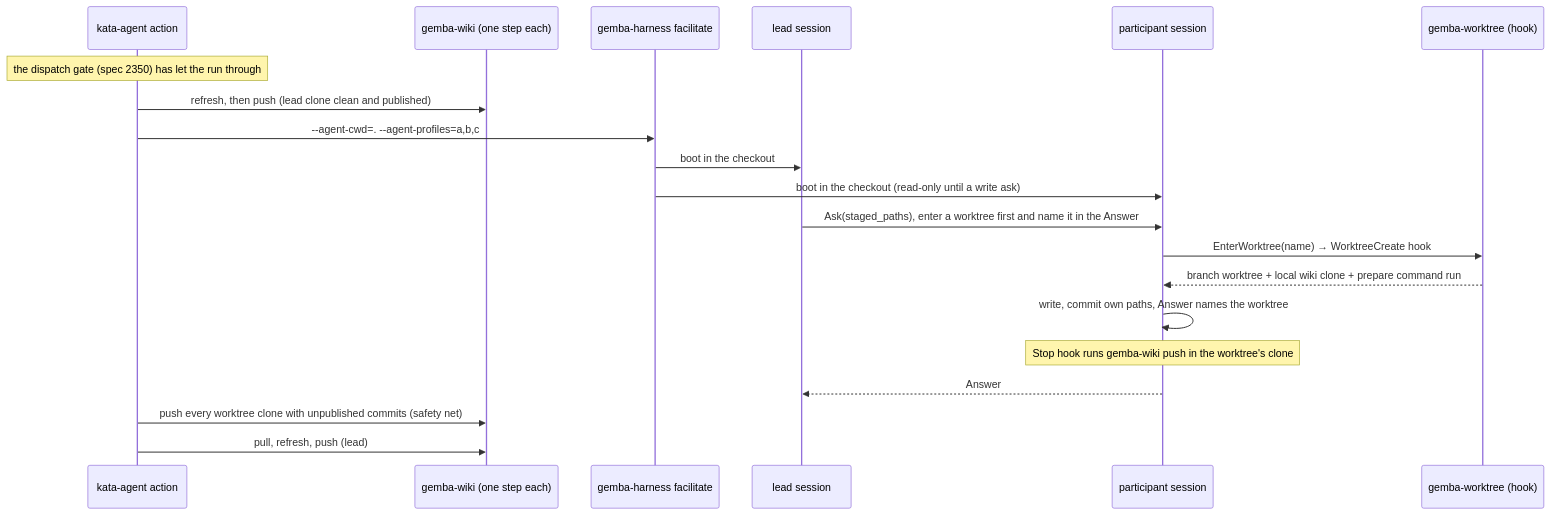
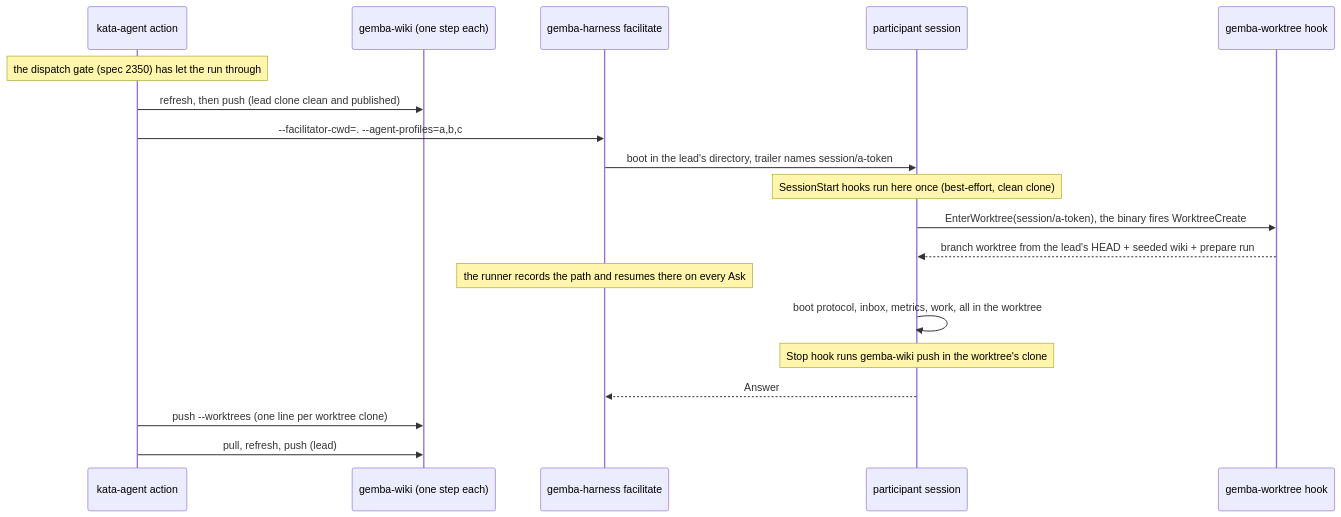
One commit to forwardimpact/monorepo changed the second of 2 diagrams in specs/2380-facilitated-session-isolation/design-b.md. Above: the diagram before and after it, drawn with Mermaid. The commit also changed other lines of this file, not shown here.

First line of the commit message:
design(2380): settle the design-b round-one review findings

````diff
--- a/specs/2380-facilitated-session-isolation/design-b.md
+++ b/specs/2380-facilitated-session-isolation/design-b.md
@@ -48,22 +55,21 @@
 ```mermaid
 sequenceDiagram
     participant A as kata-agent action
     participant W as gemba-wiki (one step each)
     participant H as gemba-harness facilitate
-    participant F as lead session
     participant P as participant session
-    participant G as gemba-worktree (hook)
+    participant G as gemba-worktree hook
     Note over A: the dispatch gate (spec 2350) has let the run through
     A->>W: refresh, then push (lead clone clean and published)
-    A->>H: --agent-cwd=. --agent-profiles=a,b,c
-    H->>F: boot in the checkout
-    H->>P: boot in the checkout (read-only until a write ask)
-    F->>P: Ask(staged_paths), enter a worktree first and name it in the Answer
-    P->>G: EnterWorktree(name) → WorktreeCreate hook
-    G-->>P: branch worktree + local wiki clone + prepare command run
-    P->>P: write, commit own paths, Answer names the worktree
+    A->>H: --facilitator-cwd=. --agent-profiles=a,b,c
+    H->>P: boot in the lead's directory, trailer names session/a-token
+    Note over P: SessionStart hooks run here once (best-effort, clean clone)
+    P->>G: EnterWorktree(session/a-token), the binary fires WorktreeCreate
+    G-->>P: branch worktree from the lead's HEAD + seeded wiki + prepare run
+    Note over H: the runner records the path and resumes there on every Ask
+    P->>P: boot protocol, inbox, metrics, work, all in the worktree
     Note over P: Stop hook runs gemba-wiki push in the worktree's clone
-    P-->>F: Answer
-    A->>W: push every worktree clone with unpublished commits (safety net)
+    P-->>H: Answer
+    A->>W: push --worktrees (one line per worktree clone)
     A->>W: pull, refresh, push (lead)
 ```
````
